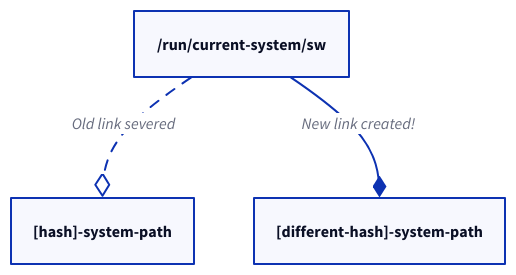
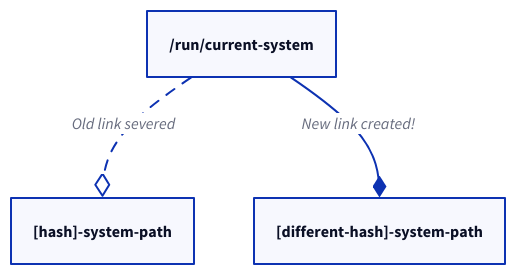
One commit to Bwc9876/dgang changed the fourth of 8 diagrams in src/content/docs/chapters/5.mdx. Above: the diagram before and after it, drawn with D2. The commit also changed other lines of this file and 4 other files, not shown here.

````diff
--- a/src/content/docs/chapters/5.mdx
+++ b/src/content/docs/chapters/5.mdx
@@ -170,12 +164,12 @@
 ```d2
-"/run/current-system/sw" -> "[hash]-system-path": Old link severed {
+"/run/current-system" -> "[hash]-system-path": Old link severed {
   target-arrowhead: {shape: diamond}
   style.stroke-dash: 5
 }
-"/run/current-system/sw" -> "[different-hash]-system-path": New link created! {
+"/run/current-system" -> "[different-hash]-system-path": New link created! {
   target-arrowhead: {
     shape: diamond 
     style.filled: true
   }
 }
 ```
````
